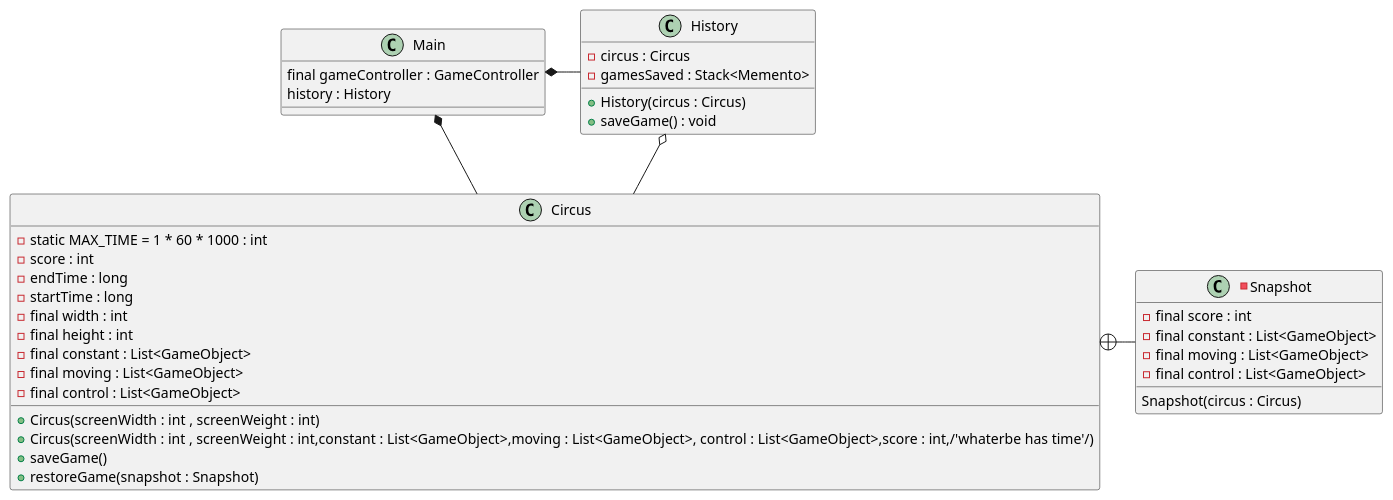
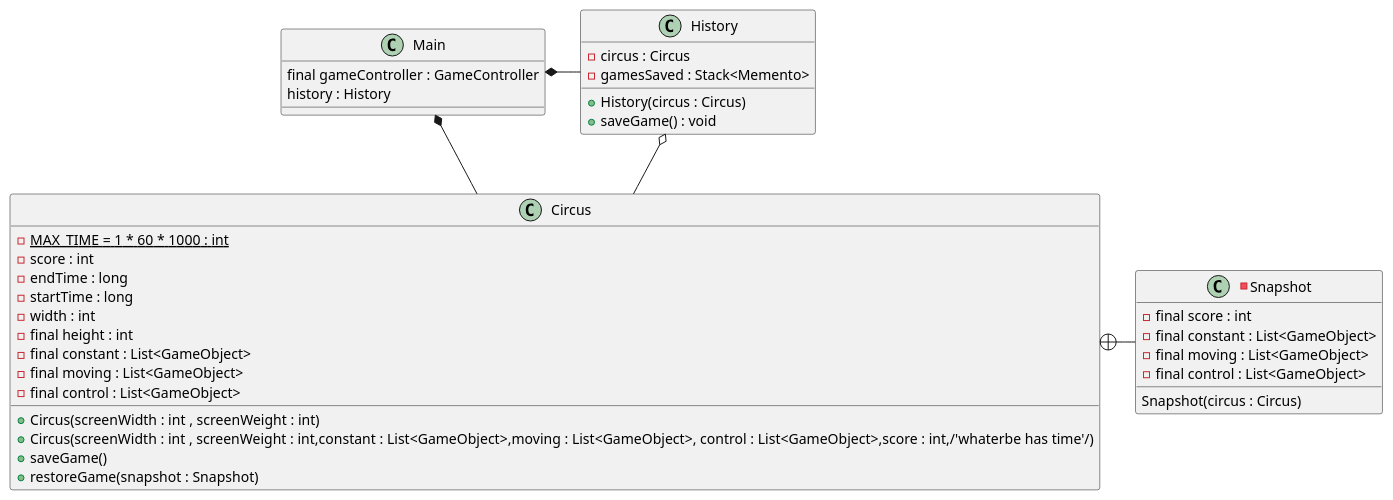
Before and after one commit to shadyalattarr/Circus-of-Plates: the diagram in UML/Design Patterns/SaveGameMemento.wsd, drawn with PlantUML.

```diff
--- a/UML/Design Patterns/SaveGameMemento.wsd
+++ b/UML/Design Patterns/SaveGameMemento.wsd
@@ -1,53 +1,53 @@
 @startuml SaveGameMemento
 
 class Circus{ /'Originator want to change this'/
-    -static MAX_TIME = 1 * 60 * 1000 : int
+    -{static} MAX_TIME = 1 * 60 * 1000 : int
     -score : int
     -endTime : long
     -startTime : long
-    -final width : int
+    -width : int
     -final height : int
     -final constant : List<GameObject>
     -final moving : List<GameObject>
     -final control : List<GameObject>
 
 
     +Circus(screenWidth : int , screenWeight : int)
     +Circus(screenWidth : int , screenWeight : int,constant : List<GameObject>,moving : List<GameObject>, control : List<GameObject>,score : int,/'whaterbe has time'/)
     +saveGame()
     +restoreGame(snapshot : Snapshot)
 }
 
 /'Memento'/
 -class Snapshot{
     /'whatever holds current time?'/
     -final score : int
     -final constant : List<GameObject>
     -final moving : List<GameObject>
     -final control : List<GameObject>
 
 
     Snapshot(circus : Circus)
 }
 
 
 /'caretaker is main?'/
 class History{
     -circus : Circus
     -gamesSaved : Stack<Memento>
 
     +History(circus : Circus)
     +saveGame() : void
 }
 
 class Main/'want to change this'/
 {
     final gameController : GameController
     history : History
 }
 Circus +- Snapshot
 History o-- Circus  
 Main *- History
 Main *-- Circus
 
 @enduml
```
